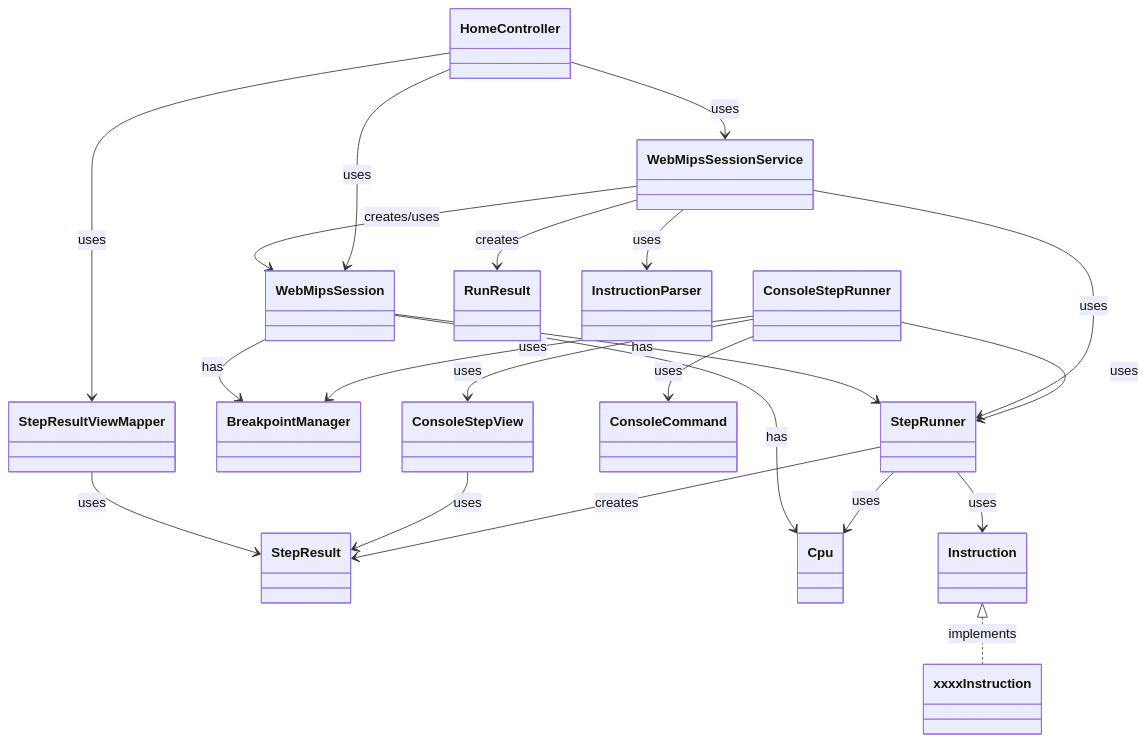
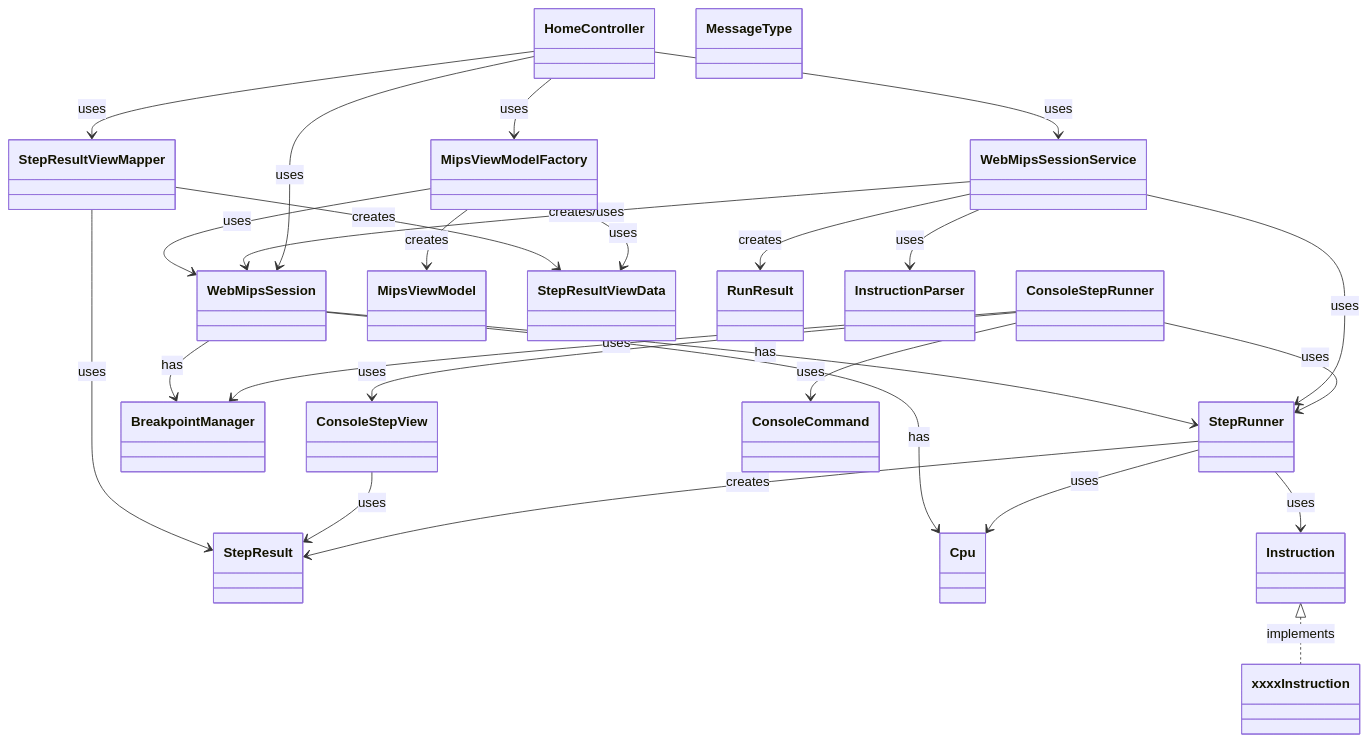
The first of 4 diagrams in README.md (mkunori/MipsStepLab), drawn with Mermaid before and after one commit. The commit also changed other lines of this file, not shown here.

````diff
--- a/README.md
+++ b/README.md
@@ -220,49 +235,58 @@
 ```mermaid
 classDiagram
 
 class StepRunner
 class StepResult
 class BreakpointManager
 
 class ConsoleStepRunner
 class ConsoleStepView
 class ConsoleCommand
 
+class HomeController
 class WebMipsSession
 class WebMipsSessionService
+class MipsViewModel
+class MipsViewModelFactory
 class StepResultViewMapper
-class HomeController
+class StepResultViewData
 class RunResult
+class MessageType
 
 class Cpu
 class Instruction
 class InstructionParser
 
 StepRunner --> Cpu : uses
 StepRunner --> Instruction : uses
 StepRunner --> StepResult : creates
 
 ConsoleStepRunner --> StepRunner : uses
 ConsoleStepRunner --> ConsoleStepView : uses
 ConsoleStepRunner --> BreakpointManager : uses
 ConsoleStepRunner --> ConsoleCommand : uses
-
 ConsoleStepView --> StepResult : uses
 
 HomeController --> WebMipsSessionService : uses
 HomeController --> StepResultViewMapper : uses
+HomeController --> MipsViewModelFactory : uses
 HomeController --> WebMipsSession : uses
 
 WebMipsSessionService --> WebMipsSession : creates/uses
 WebMipsSessionService --> InstructionParser : uses
 WebMipsSessionService --> RunResult : creates
 WebMipsSessionService --> StepRunner : uses
 
 WebMipsSession --> Cpu : has
 WebMipsSession --> StepRunner : has
 WebMipsSession --> BreakpointManager : has
 
+MipsViewModelFactory --> MipsViewModel : creates
+MipsViewModelFactory --> WebMipsSession : uses
+MipsViewModelFactory --> StepResultViewData : uses
+
 StepResultViewMapper --> StepResult : uses
+StepResultViewMapper --> StepResultViewData : creates
 
 Instruction <|.. xxxxInstruction : implements
 ```
````
